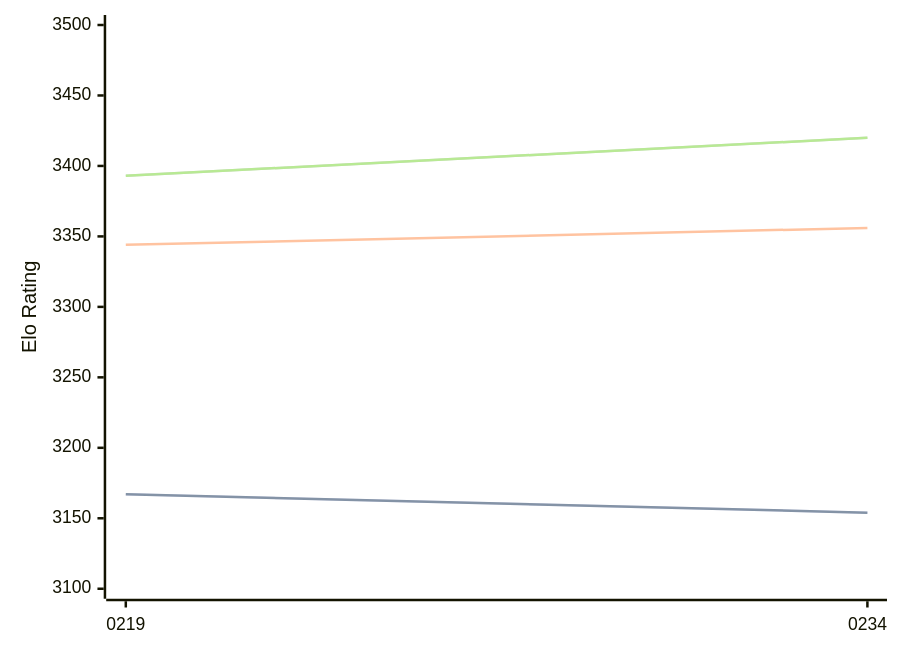
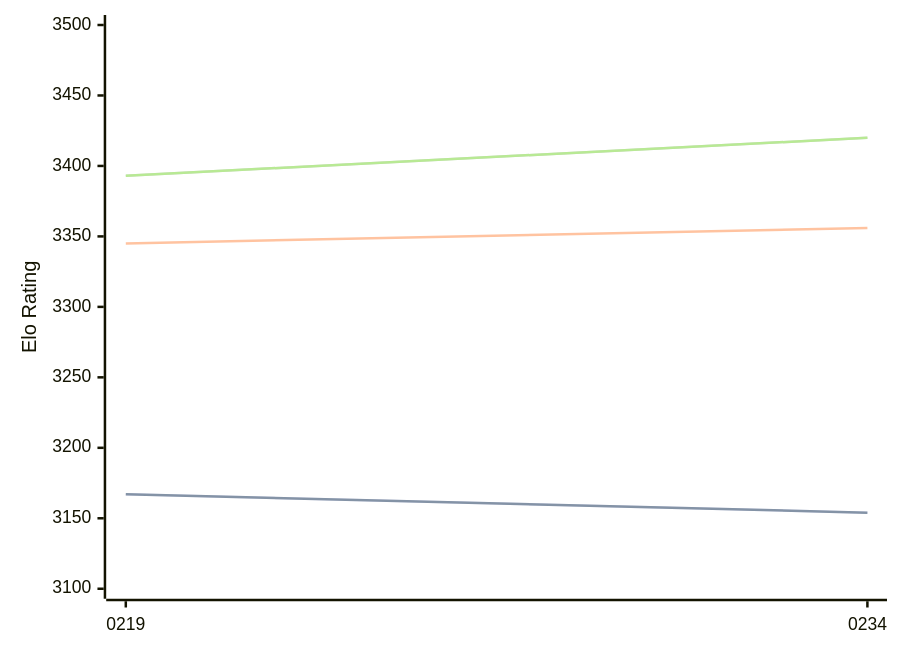
The diagram in engines/Ynode.md (computer-chess-index/cci), drawn with Mermaid before and after one commit. The commit also changed other lines of this file, not shown here.

````diff
--- a/engines/Ynode.md
+++ b/engines/Ynode.md
@@ -39,11 +39,11 @@
 ```mermaid
 %%{init: {"theme":"base","themeVariables":{"seriesColors:['#a3a3a3','#222221','#faa371']}}}%%
 xychart-beta
   x-axis ["0219", "0234"]
   y-axis "Elo Rating" 3100 --> 3500
   line "STC (8.0+0.08s)" [3167, 3154]
   line "STC (8.0+0.08s)" [3167, 3154]
-  line "LTC (60.0+0.60s)" [3344, 3356]
+  line "LTC (60.0+0.60s)" [3345, 3356]
   line "VLTC (2m24s+1.12s)" [3393, 3420]
   line "VLTC (2m24s+1.12s)" [3393, 3420]
 ```
````
